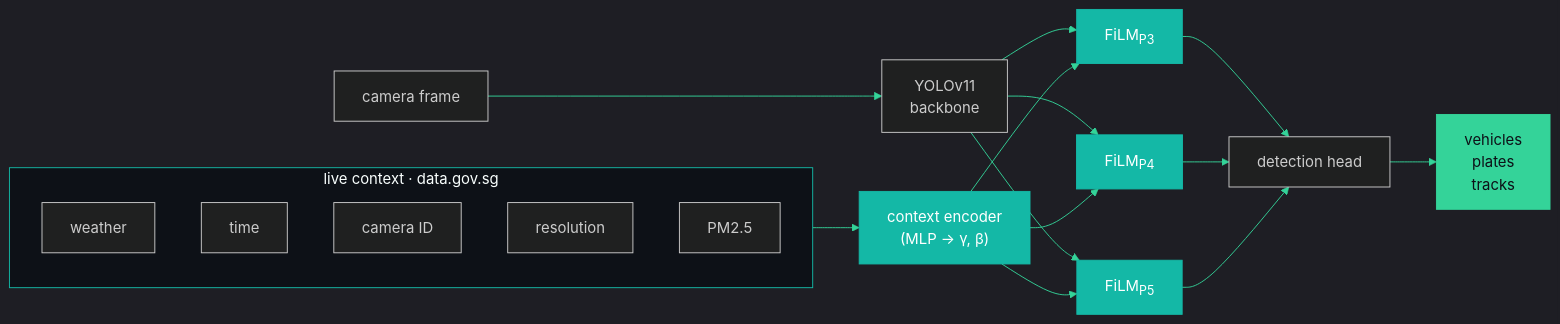
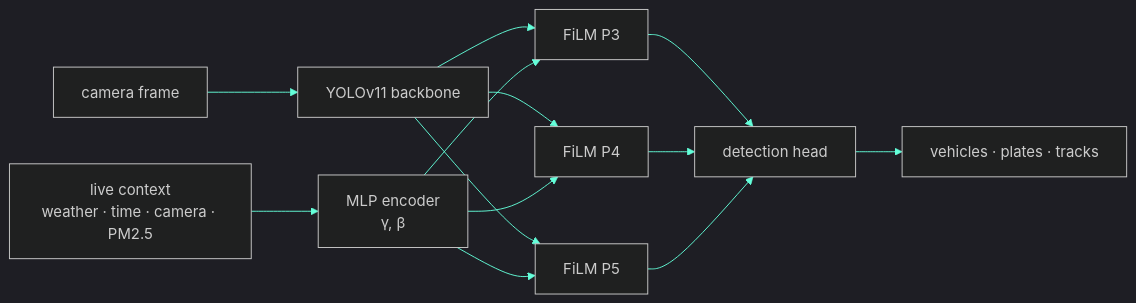
One commit to Suhxs-Reddy/Suhxs-Reddy changed the first of 2 diagrams in README.md. Above: the diagram before and after it, drawn with Mermaid. The commit also changed other lines of this file, not shown here.

````diff
--- a/README.md
+++ b/README.md
@@ -109,26 +74,12 @@
 ```mermaid
-%%{init: {'theme':'dark', 'themeVariables': {'primaryColor':'#14b8a6','primaryBorderColor':'#14b8a6','lineColor':'#34d399','primaryTextColor':'#e5e7eb','background':'#0d1117'}}}%%
+%%{init: {'theme':'dark', 'themeVariables': {'primaryColor':'#64ffda','primaryBorderColor':'#64ffda','lineColor':'#64ffda','primaryTextColor':'#e5e7eb','background':'#0d1117'}}}%%
 flowchart LR
-    subgraph CTX["live context · data.gov.sg"]
-        W[weather]
-        T[time]
-        C[camera ID]
-        R[resolution]
-        A[PM2.5]
-    end
-    CTX --> ENC["context encoder<br/>(MLP → γ, β)"]
-    IMG["camera frame"] --> YOLO["YOLOv11<br/>backbone"]
-    YOLO --> F1["FiLM<sub>P3</sub>"]
-    YOLO --> F2["FiLM<sub>P4</sub>"]
-    YOLO --> F3["FiLM<sub>P5</sub>"]
+    CTX[live context<br/>weather · time · camera · PM2.5] --> ENC[MLP encoder<br/>γ, β]
+    IMG[camera frame] --> BB[YOLOv11 backbone]
+    BB --> F1[FiLM P3]
+    BB --> F2[FiLM P4]
+    BB --> F3[FiLM P5]
     ENC --> F1 & F2 & F3
     F1 & F2 & F3 --> H[detection head]
-    H --> OUT["vehicles<br/>plates<br/>tracks"]
-
-    style CTX fill:#0d1117,stroke:#14b8a6
-    style ENC fill:#14b8a6,color:#fff,stroke:#14b8a6
-    style F1 fill:#14b8a6,color:#fff,stroke:#14b8a6
-    style F2 fill:#14b8a6,color:#fff,stroke:#14b8a6
-    style F3 fill:#14b8a6,color:#fff,stroke:#14b8a6
-    style OUT fill:#34d399,color:#0d1117,stroke:#34d399
+    H --> OUT[vehicles · plates · tracks]
 ```
````
